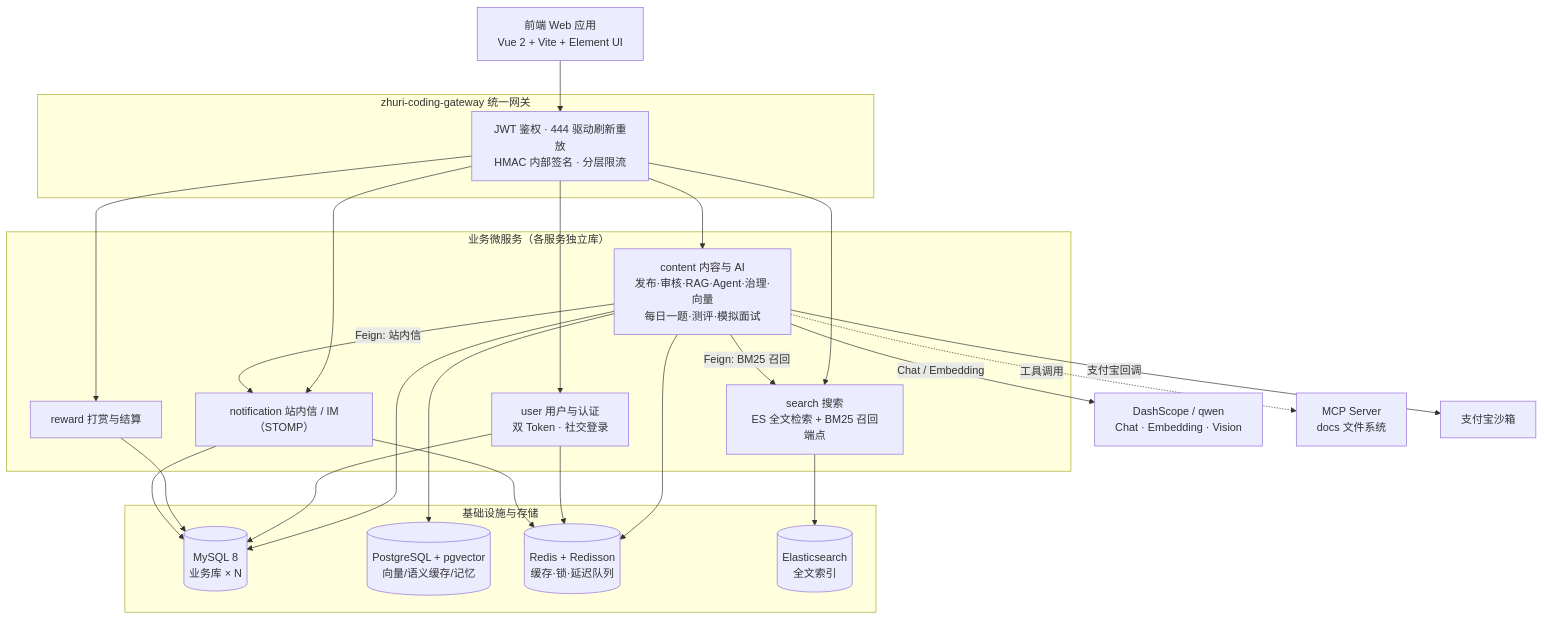
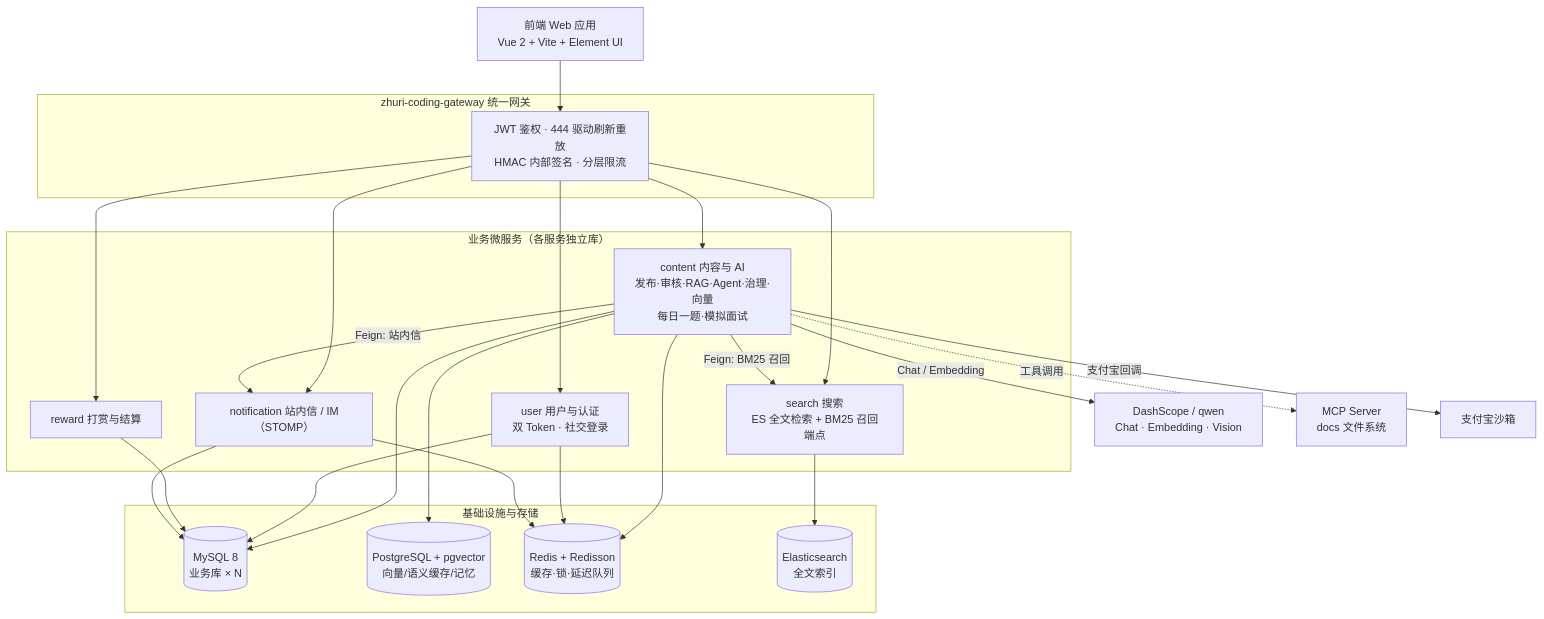
One commit to R-ping/ZhuRi-Coding changed the diagram in README.md. Above: the diagram before and after it, drawn with Mermaid. The commit also changed other lines of this file, not shown here.

First line of the commit message:
docs(readme): 编程能力成长线两层口径——预览节与 4.3 重写、四张截图更新

````diff
--- a/README.md
+++ b/README.md
@@ -204,40 +196,40 @@
 ```mermaid
 flowchart TB
     FE["前端 Web 应用<br/>Vue 2 + Vite + Element UI"]
 
     subgraph GW["zhuri-coding-gateway 统一网关"]
         G1["JWT 鉴权 · 444 驱动刷新重放<br/>HMAC 内部签名 · 分层限流"]
     end
 
     subgraph SVC["业务微服务（各服务独立库）"]
         USER["user 用户与认证<br/>双 Token · 社交登录"]
-        CONTENT["content 内容与 AI<br/>发布·审核·RAG·Agent·治理·向量<br/>每日一题·测评·模拟面试"]
+        CONTENT["content 内容与 AI<br/>发布·审核·RAG·Agent·治理·向量<br/>每日一题·模拟面试"]
         SEARCH["search 搜索<br/>ES 全文检索 + BM25 召回端点"]
         REWARD["reward 打赏与结算"]
         NOTIFY["notification 站内信 / IM（STOMP）"]
     end
 
     subgraph INFRA["基础设施与存储"]
         MYSQL[("MySQL 8<br/>业务库 × N")]
         PGV[("PostgreSQL + pgvector<br/>向量/语义缓存/记忆")]
         REDIS[("Redis + Redisson<br/>缓存·锁·延迟队列")]
         ES[("Elasticsearch<br/>全文索引")]
     end
 
     LLM["DashScope / qwen<br/>Chat · Embedding · Vision"]
     MCP["MCP Server<br/>docs 文件系统"]
     ALIPAY["支付宝沙箱"]
 
     FE --> G1
     G1 --> USER & CONTENT & SEARCH & REWARD & NOTIFY
     CONTENT --> MYSQL & PGV & REDIS
     CONTENT -->|Chat / Embedding| LLM
     CONTENT -->|Feign: BM25 召回| SEARCH
     CONTENT -->|Feign: 站内信| NOTIFY
     CONTENT -->|支付宝回调| ALIPAY
     SEARCH --> ES
     USER --> MYSQL & REDIS
     REWARD --> MYSQL
     NOTIFY --> MYSQL & REDIS
     CONTENT -.->|工具调用| MCP
 ```
````
